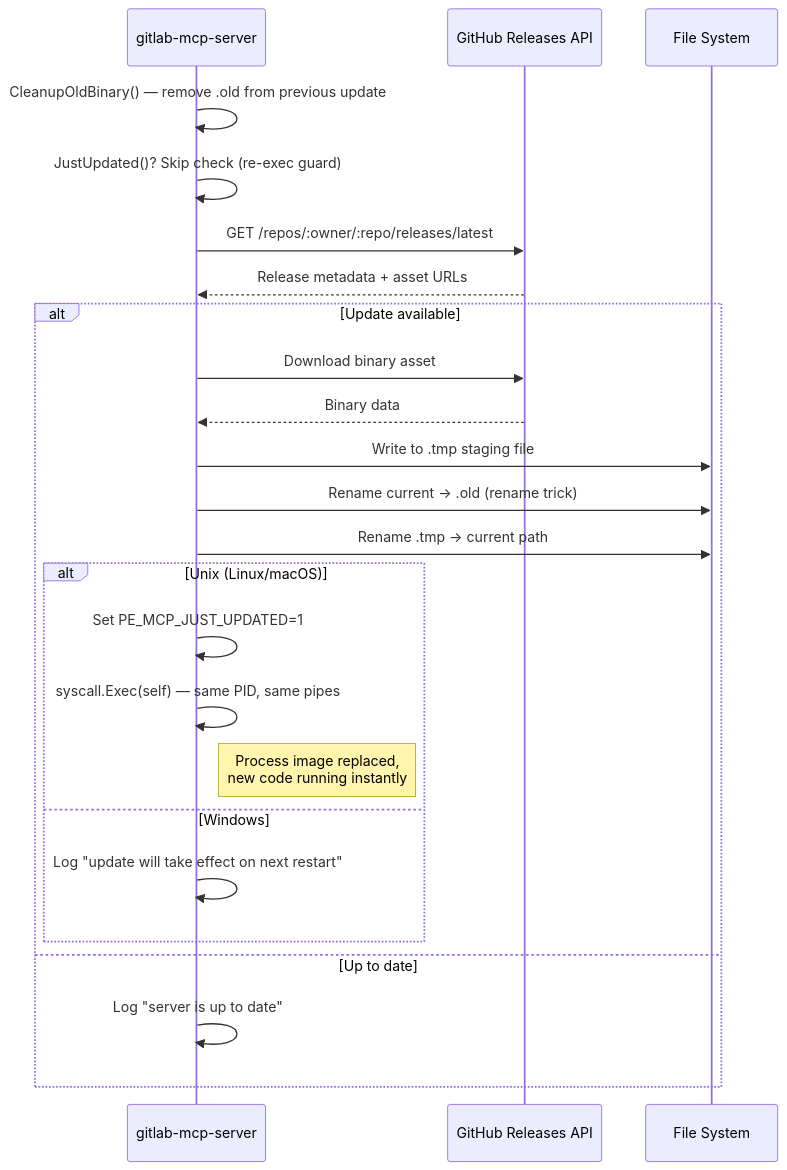
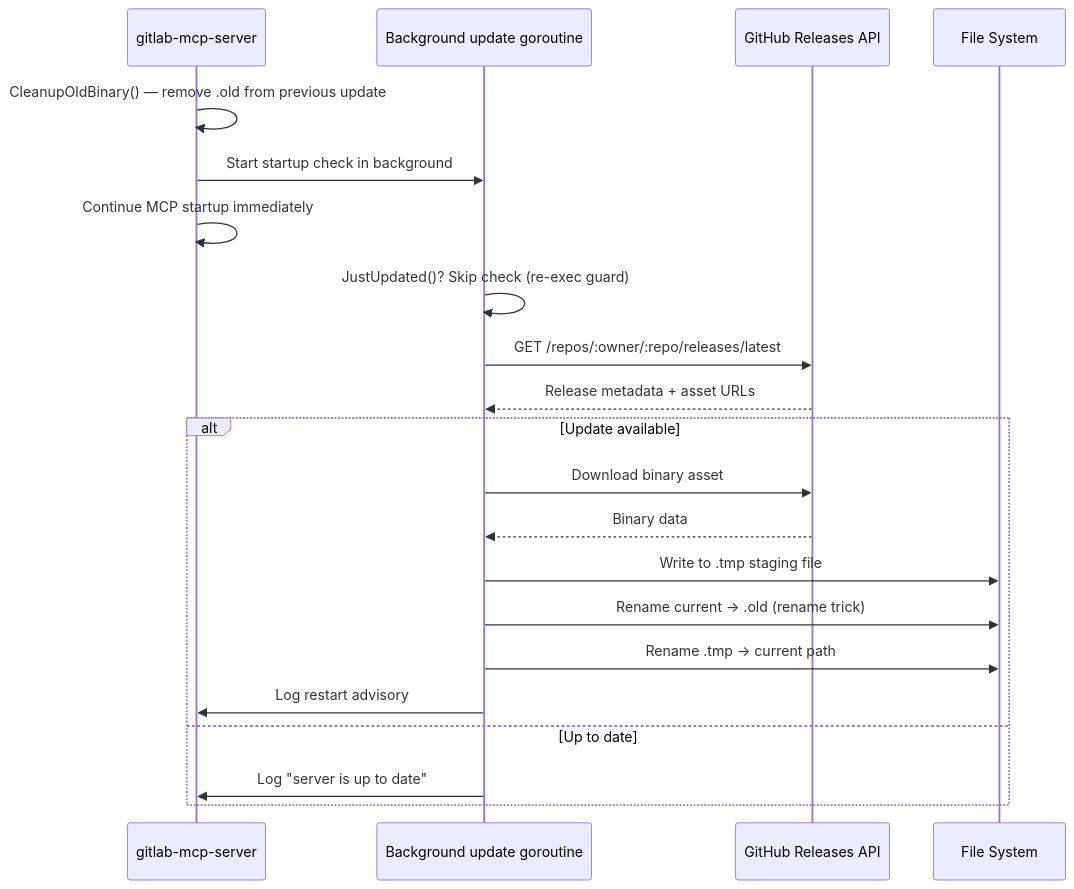
One commit to jmrplens/gitlab-mcp-server changed the first of 2 diagrams in docs/auto-update.md. Above: the diagram before and after it, drawn with Mermaid. The commit also changed other lines of this file and 626 other files, not shown here.

````diff
--- a/docs/auto-update.md
+++ b/docs/auto-update.md
@@ -14,27 +14,24 @@
 ```mermaid
 sequenceDiagram
     participant Server as gitlab-mcp-server
+    participant Update as Background update goroutine
     participant GitHub as GitHub Releases API
     participant FS as File System
 
     Server->>Server: CleanupOldBinary() — remove .old from previous update
-    Server->>Server: JustUpdated()? Skip check (re-exec guard)
-    Server->>GitHub: GET /repos/:owner/:repo/releases/latest
-    GitHub-->>Server: Release metadata + asset URLs
+    Server->>Update: Start startup check in background
+    Server->>Server: Continue MCP startup immediately
+    Update->>Update: JustUpdated()? Skip check (re-exec guard)
+    Update->>GitHub: GET /repos/:owner/:repo/releases/latest
+    GitHub-->>Update: Release metadata + asset URLs
     alt Update available
-        Server->>GitHub: Download binary asset
-        GitHub-->>Server: Binary data
-        Server->>FS: Write to .tmp staging file
-        Server->>FS: Rename current → .old (rename trick)
-        Server->>FS: Rename .tmp → current path
-        alt Unix (Linux/macOS)
-            Server->>Server: Set PE_MCP_JUST_UPDATED=1
-            Server->>Server: syscall.Exec(self) — same PID, same pipes
-            Note right of Server: Process image replaced,<br/>new code running instantly
-        else Windows
-            Server->>Server: Log "update will take effect on next restart"
-        end
+        Update->>GitHub: Download binary asset
+        GitHub-->>Update: Binary data
+        Update->>FS: Write to .tmp staging file
+        Update->>FS: Rename current → .old (rename trick)
+        Update->>FS: Rename .tmp → current path
+        Update->>Server: Log restart advisory
     else Up to date
-        Server->>Server: Log "server is up to date"
+        Update->>Server: Log "server is up to date"
     end
 ```
````
